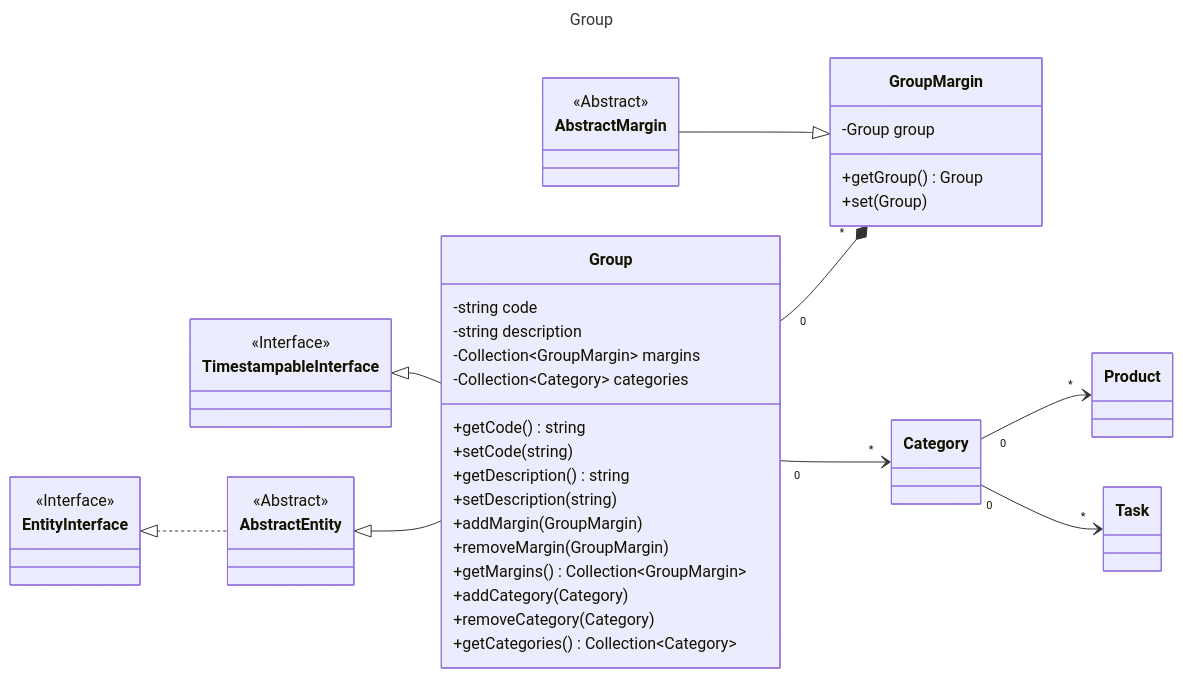
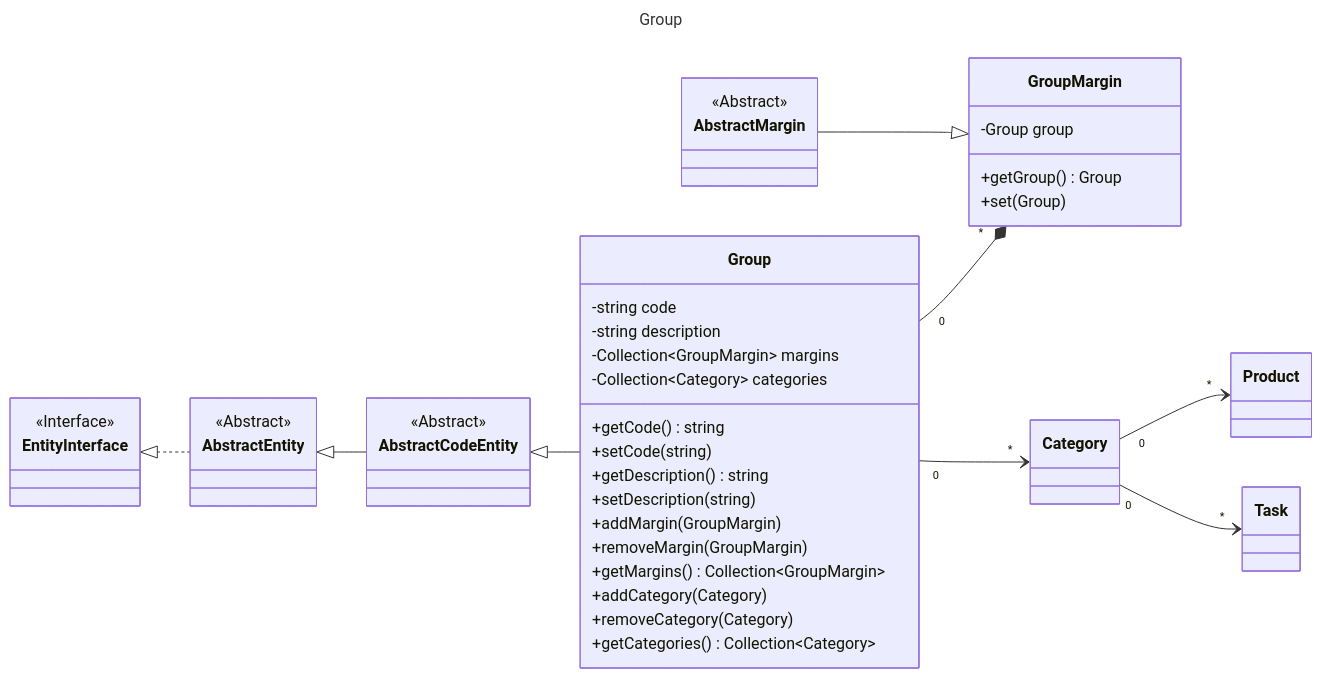
The diagram in resources/diagrams/group.mmd (laurentmuller/calculation), drawn with Mermaid before and after one commit. The commit also changed 22 other files, not shown here.

```diff
--- a/resources/diagrams/group.mmd
+++ b/resources/diagrams/group.mmd
@@ -1,61 +1,63 @@
 ---
 title: Group
 ---
 
 classDiagram
     direction LR
 
     class Group {
         -string code
         -string description
         -Collection~GroupMargin~ margins
         -Collection~Category~ categories
         +getCode() string
         +setCode(string)
         +getDescription() string
         +setDescription(string)
         +addMargin(GroupMargin)
         +removeMargin(GroupMargin)
         +getMargins() Collection~GroupMargin~
         +addCategory(Category)
         +removeCategory(Category)
         +getCategories() Collection~Category~
     }
 
     class GroupMargin {
         -Group group
         +getGroup() Group
         +set(Group)
     }
 
     class AbstractMargin {
         <<Abstract>>
     }
 
     class AbstractEntity {
         <<Abstract>>
     }
+
+    class AbstractCodeEntity {
+        <<Abstract>>
+    }
+
     class EntityInterface {
         <<Interface>>
     }
 
-    class TimestampableInterface {
-        <<Interface>>
-    }
+    EntityInterface <|.. AbstractEntity
+    AbstractCodeEntity <|-- Group
+    AbstractEntity <|-- AbstractCodeEntity
 
-    EntityInterface <|.. AbstractEntity
-    AbstractEntity <|-- Group
     Group "0" --* "*" GroupMargin
     Group "0" --> "*" Category
     AbstractMargin --|> GroupMargin
     Category "0" --> "*" Product
     Category "0" --> "*" Task
-    TimestampableInterface <|-- Group
 
     click EntityInterface call nodeCallback()
     click AbstractEntity call nodeCallback()
+    click AbstractCodeEntity call nodeCallback()
     click AbstractMargin call nodeCallback()
     click Category call nodeCallback()
     click Product call nodeCallback()
     click Task call nodeCallback()
-    click TimestampableInterface call nodeCallback()
```
